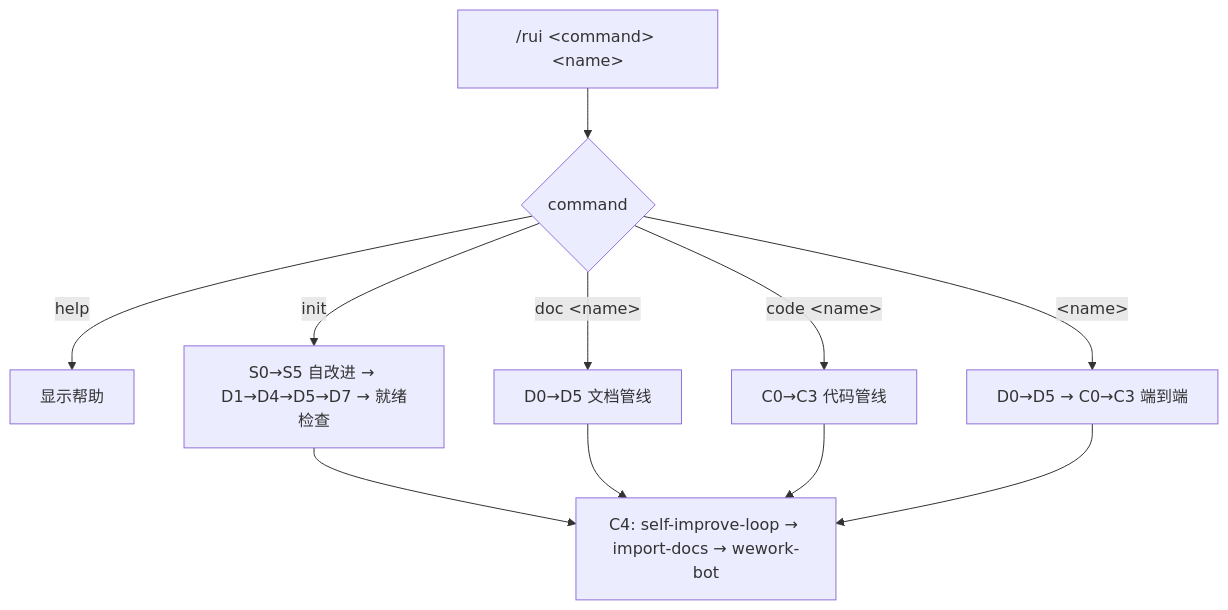
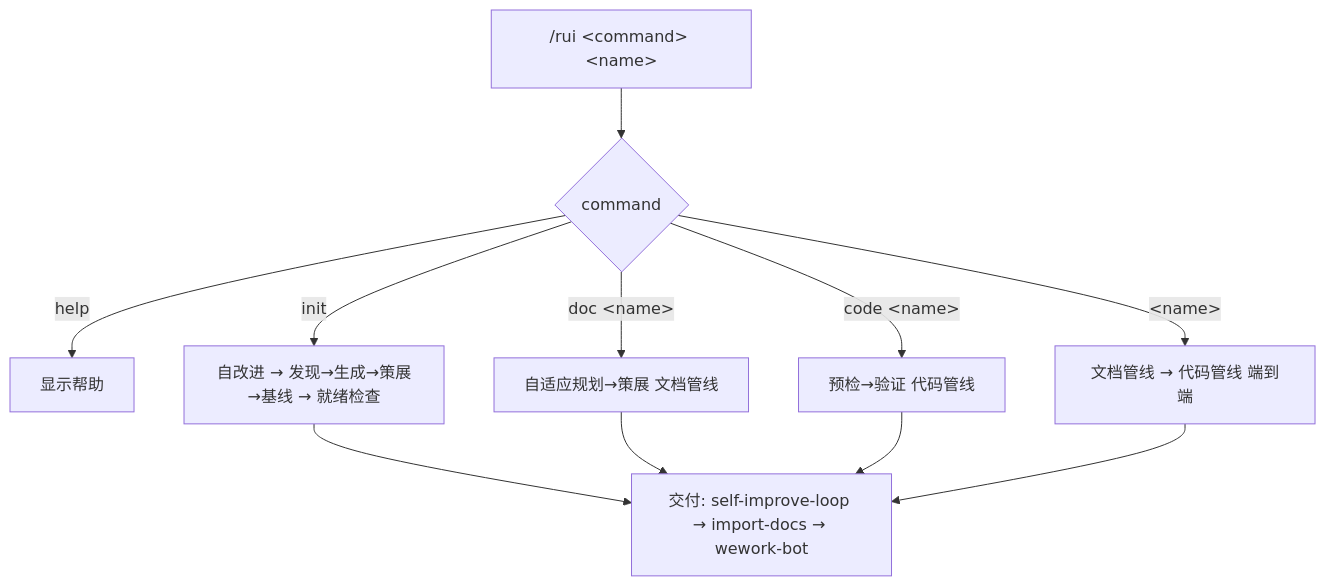
The first of 3 diagrams in skills/rui/SKILL.md (effiy/YrY), drawn with Mermaid before and after one commit. The commit also changed other lines of this file and 12 other files, not shown here.

````diff
--- a/skills/rui/SKILL.md
+++ b/skills/rui/SKILL.md
@@ -14,14 +14,14 @@
 ```mermaid
 flowchart TD
     USER["/rui &lt;command&gt; &lt;name&gt;"] --> ROUTE{command}
     ROUTE -->|help| HELP["显示帮助"]
-    ROUTE -->|init| INIT["S0→S5 自改进 → D1→D4→D5→D7 → 就绪检查"]
-    ROUTE -->|doc &lt;name&gt;| DOC["D0→D5 文档管线"]
-    ROUTE -->|code &lt;name&gt;| CODE["C0→C3 代码管线"]
-    ROUTE -->|&lt;name&gt;| FULL["D0→D5 → C0→C3 端到端"]
+    ROUTE -->|init| INIT["自改进 → 发现→生成→策展→基线 → 就绪检查"]
+    ROUTE -->|doc &lt;name&gt;| DOC["自适应规划→策展 文档管线"]
+    ROUTE -->|code &lt;name&gt;| CODE["预检→验证 代码管线"]
+    ROUTE -->|&lt;name&gt;| FULL["文档管线 → 代码管线 端到端"]
 
-    INIT --> C4["C4: self-improve-loop → import-docs → wework-bot"]
-    DOC --> C4
-    CODE --> C4
-    FULL --> C4
+    INIT --> DELIVER["交付: self-improve-loop → import-docs → wework-bot"]
+    DOC --> DELIVER
+    CODE --> DELIVER
+    FULL --> DELIVER
 ```
````
